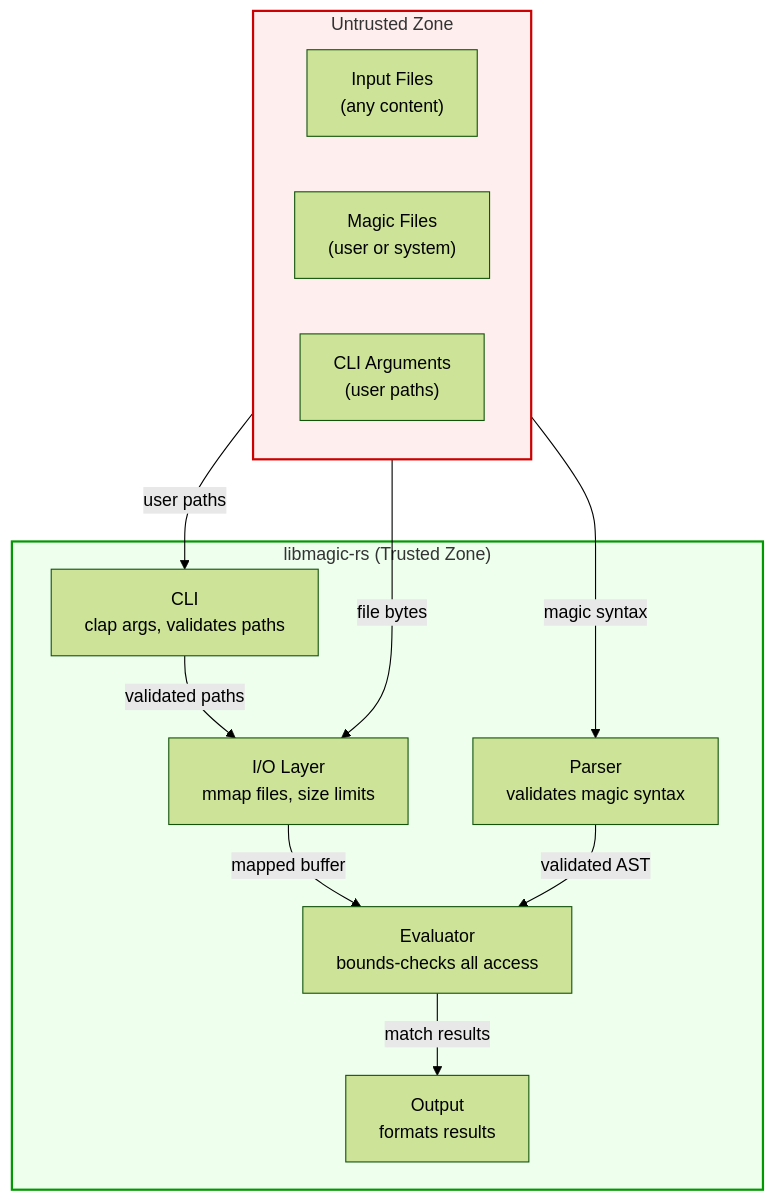
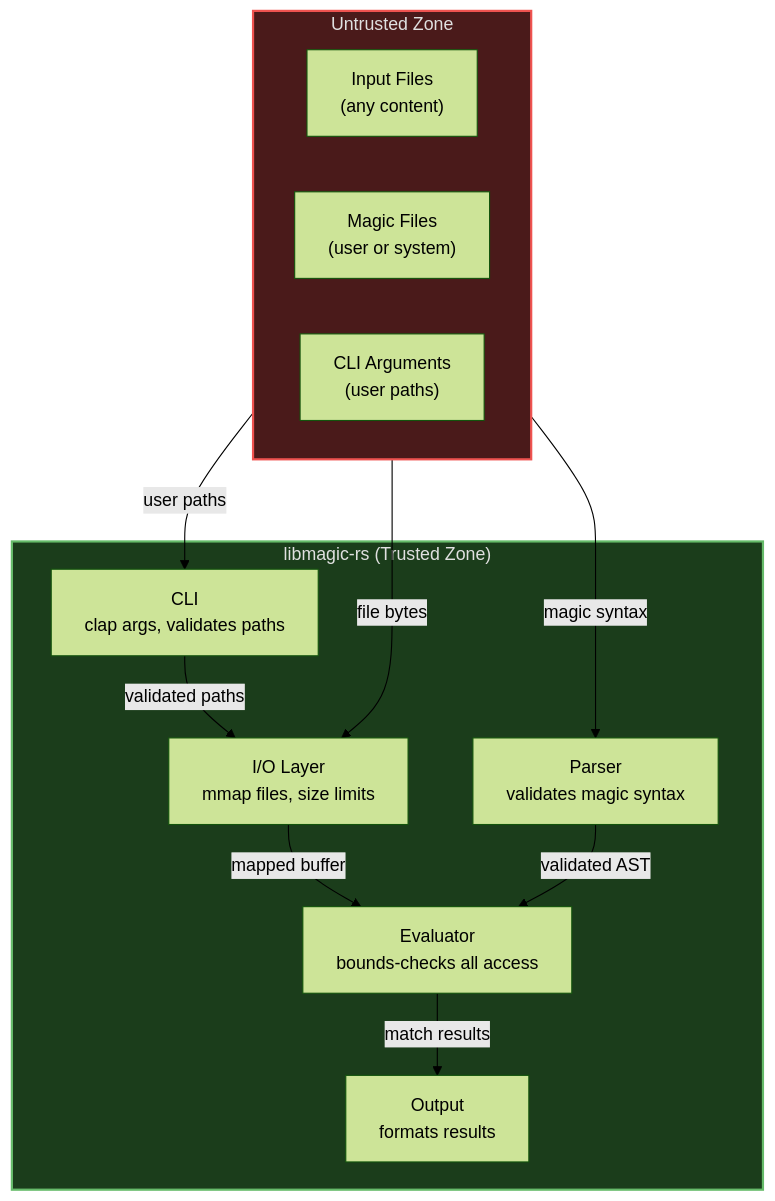
The diagram in docs/src/security-assurance.md (EvilBit-Labs/libmagic-rs), drawn with Mermaid (forest theme) before and after one commit. The commit also changed 2 other files, not shown here.

Commit message:
style(docs): update diagram styles for architecture and output sections

````diff
--- a/docs/src/security-assurance.md
+++ b/docs/src/security-assurance.md
@@ -47,28 +47,28 @@
 ```mermaid
 flowchart TD
     subgraph Untrusted["Untrusted Zone"]
         direction LR
         IF["Input Files<br/>(any content)"]
         MF["Magic Files<br/>(user or system)"]
         CA["CLI Arguments<br/>(user paths)"]
     end
 
     subgraph libmagic-rs["libmagic-rs (Trusted Zone)"]
         IO["I/O Layer<br/>mmap files, size limits"]
         CLI["CLI<br/>clap args, validates paths"]
         P["Parser<br/>validates magic syntax"]
         E["Evaluator<br/>bounds-checks all access"]
         O["Output<br/>formats results"]
     end
 
     IF -- "file bytes" --> IO
     MF -- "magic syntax" --> P
     CA -- "user paths" --> CLI
     IO -- "mapped buffer" --> E
     CLI -- "validated paths" --> IO
     P -- "validated AST" --> E
     E -- "match results" --> O
 
-    style Untrusted fill:#fee,stroke:#c00,stroke-width:2px
-    style libmagic-rs fill:#efe,stroke:#090,stroke-width:2px
+    style Untrusted fill:#4a1a1a,stroke:#ef5350,color:#e0e0e0,stroke-width:2px
+    style libmagic-rs fill:#1b3d1b,stroke:#66bb6a,color:#e0e0e0,stroke-width:2px
 ```
````
